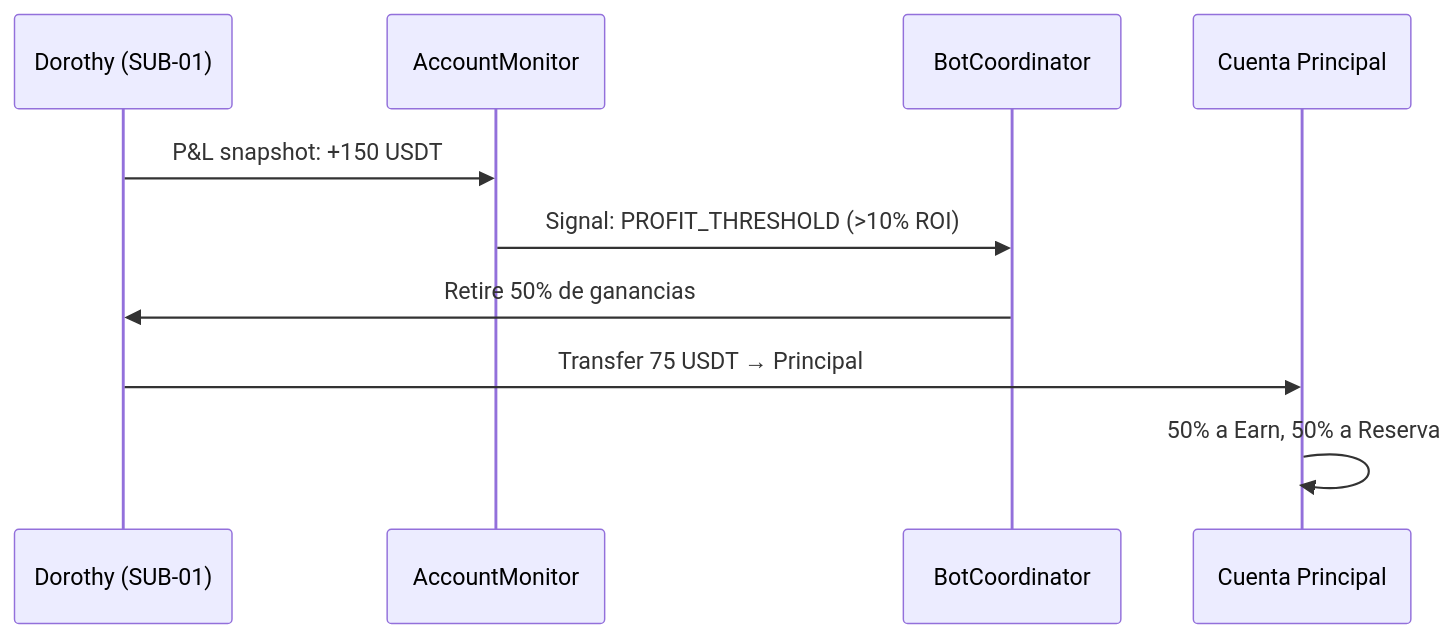
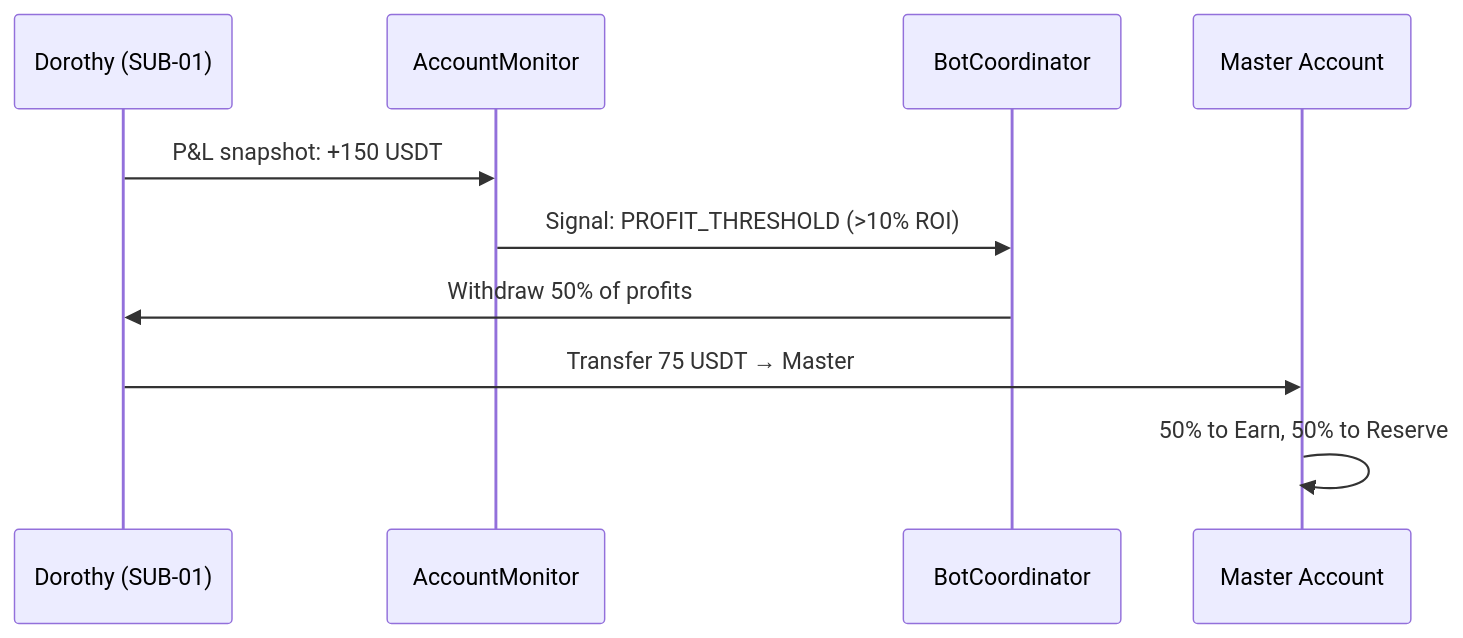
One commit to CuevazaArt/Pecunator-AccuMonetas changed the diagram in docs/capital-flow.md. Above: the diagram before and after it, drawn with Mermaid. The commit also changed other lines of this file and 15 other files, not shown here.

````diff
--- a/docs/capital-flow.md
+++ b/docs/capital-flow.md
@@ -96,13 +96,13 @@
 ```mermaid
 sequenceDiagram
     participant Bot as Dorothy (SUB-01)
     participant AM as AccountMonitor
     participant BC as BotCoordinator
-    participant Main as Cuenta Principal
+    participant Main as Master Account
 
     Bot->>AM: P&L snapshot: +150 USDT
     AM->>BC: Signal: PROFIT_THRESHOLD (>10% ROI)
-    BC->>Bot: Retire 50% de ganancias
-    Bot->>Main: Transfer 75 USDT → Principal
-    Main->>Main: 50% a Earn, 50% a Reserva
+    BC->>Bot: Withdraw 50% of profits
+    Bot->>Main: Transfer 75 USDT → Master
+    Main->>Main: 50% to Earn, 50% to Reserve
 ```
````
